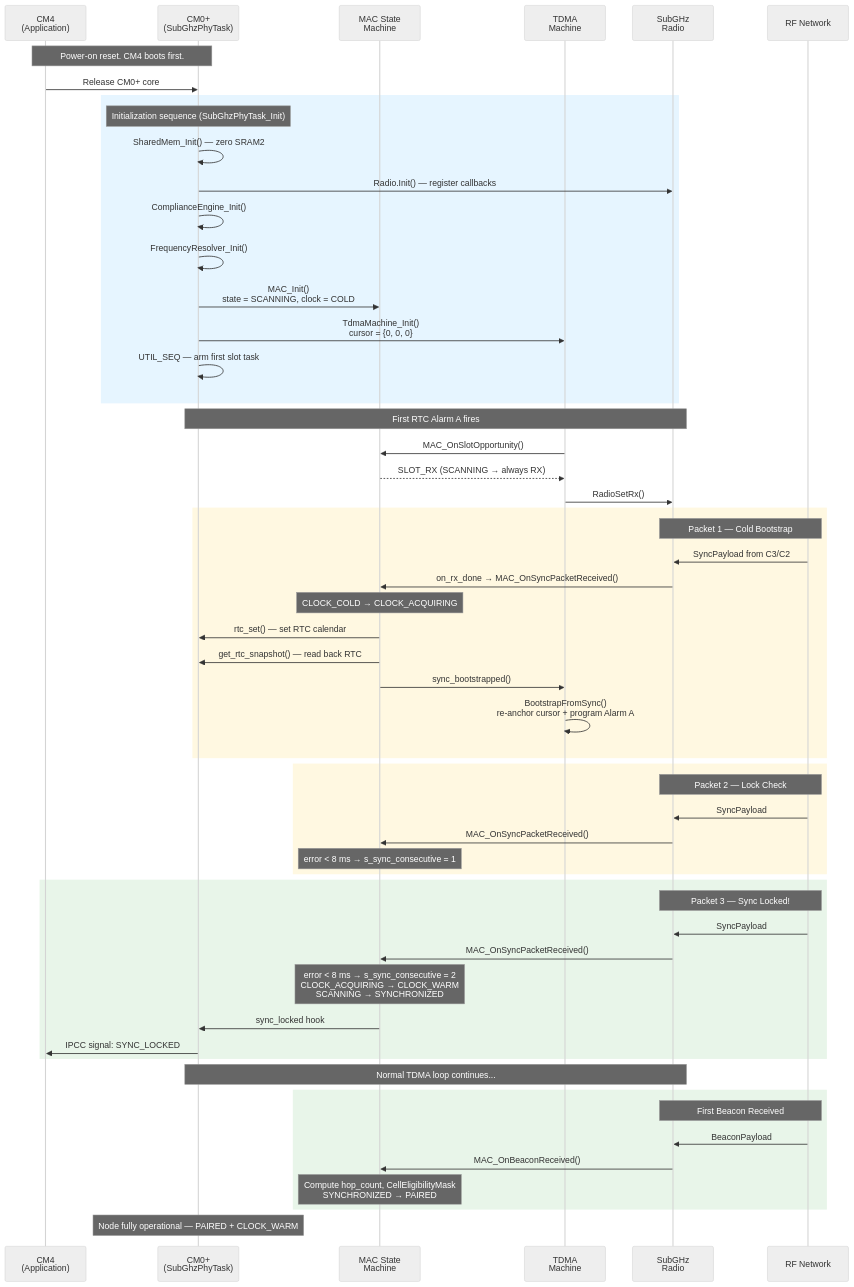
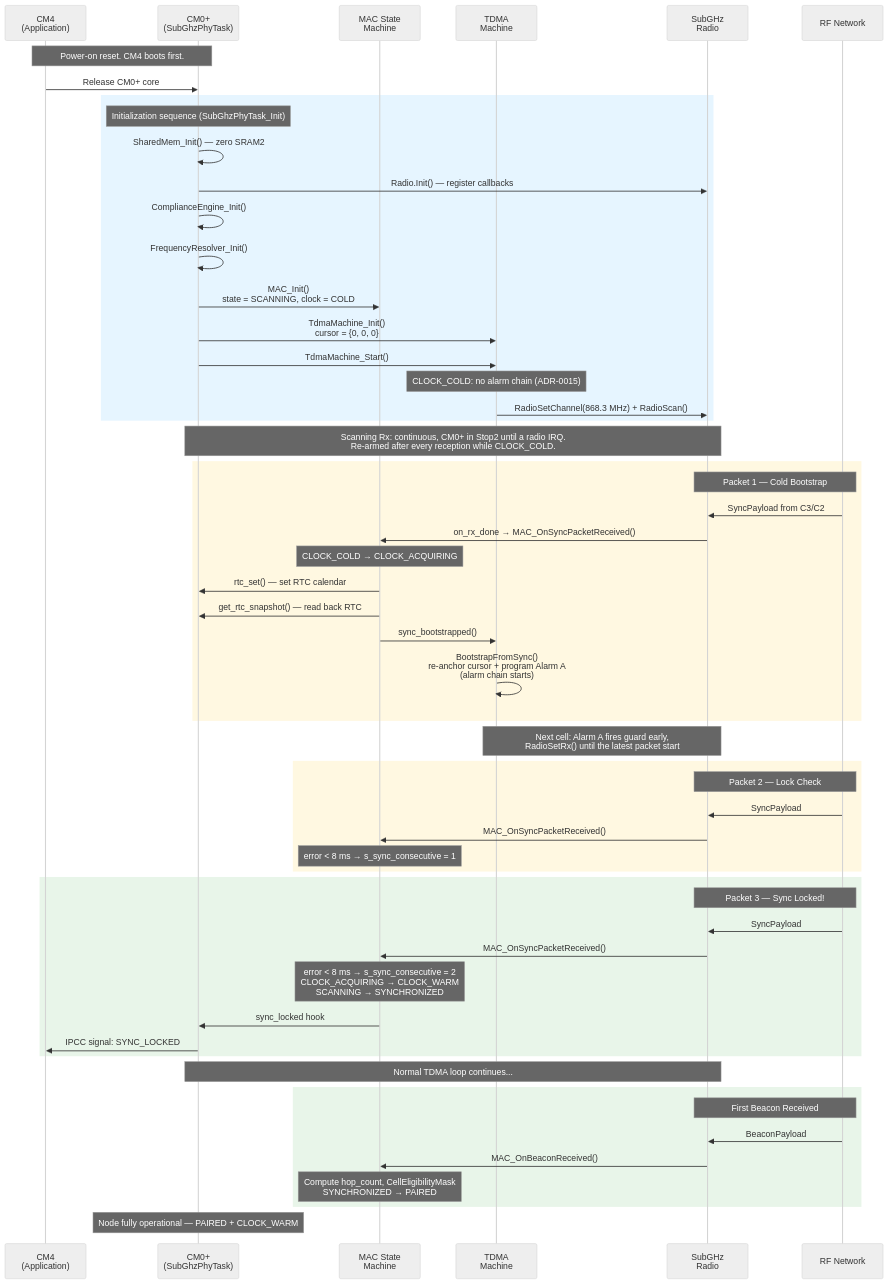
One commit to ArcLoRaM/firmware changed the diagram in docs/diagrams/04-boot-to-operational.md. Above: the diagram before and after it, drawn with Mermaid (neutral theme). The commit also changed 166 other files, not shown here.

````diff
--- a/docs/diagrams/04-boot-to-operational.md
+++ b/docs/diagrams/04-boot-to-operational.md
@@ -5,66 +5,67 @@
 ```mermaid
 sequenceDiagram
     participant CM4 as CM4<br/>(Application)
     participant CM0 as CM0+<br/>(SubGhzPhyTask)
     participant MAC as MAC State<br/>Machine
     participant TDMA as TDMA<br/>Machine
     participant Radio as SubGHz<br/>Radio
     participant Net as RF Network
 
     Note over CM4,CM0: Power-on reset. CM4 boots first.
     CM4->>CM0: Release CM0+ core
 
     rect rgb(230, 245, 255)
         Note over CM0: Initialization sequence (SubGhzPhyTask_Init)
         CM0->>CM0: SharedMem_Init() — zero SRAM2
         CM0->>Radio: Radio.Init() — register callbacks
         CM0->>CM0: ComplianceEngine_Init()
         CM0->>CM0: FrequencyResolver_Init()
         CM0->>MAC: MAC_Init()<br/>state = SCANNING, clock = COLD
         CM0->>TDMA: TdmaMachine_Init()<br/>cursor = {0, 0, 0}
-        CM0->>CM0: UTIL_SEQ — arm first slot task
+        CM0->>TDMA: TdmaMachine_Start()
+        Note over TDMA: CLOCK_COLD: no alarm chain (ADR-0015)
+        TDMA->>Radio: RadioSetChannel(868.3 MHz) + RadioScan()
     end
 
-    Note over CM0,Radio: First RTC Alarm A fires
-    TDMA->>MAC: MAC_OnSlotOpportunity()
-    MAC-->>TDMA: SLOT_RX (SCANNING → always RX)
-    TDMA->>Radio: RadioSetRx()
+    Note over CM0,Radio: Scanning Rx: continuous, CM0+ in Stop2 until a radio IRQ.<br/>Re-armed after every reception while CLOCK_COLD.
 
     rect rgb(255, 248, 225)
         Note over Net,Radio: Packet 1 — Cold Bootstrap
         Net->>Radio: SyncPayload from C3/C2
         Radio->>MAC: on_rx_done → MAC_OnSyncPacketReceived()
         Note over MAC: CLOCK_COLD → CLOCK_ACQUIRING
         MAC->>CM0: rtc_set() — set RTC calendar
         MAC->>CM0: get_rtc_snapshot() — read back RTC
         MAC->>TDMA: sync_bootstrapped()
-        TDMA->>TDMA: BootstrapFromSync()<br/>re-anchor cursor + program Alarm A
+        TDMA->>TDMA: BootstrapFromSync()<br/>re-anchor cursor + program Alarm A<br/>(alarm chain starts)
     end
+
+    Note over TDMA,Radio: Next cell: Alarm A fires guard early,<br/>RadioSetRx() until the latest packet start
 
     rect rgb(255, 248, 225)
         Note over Net,Radio: Packet 2 — Lock Check
         Net->>Radio: SyncPayload
         Radio->>MAC: MAC_OnSyncPacketReceived()
         Note over MAC: error < 8 ms → s_sync_consecutive = 1
     end
 
     rect rgb(232, 245, 233)
         Note over Net,Radio: Packet 3 — Sync Locked!
         Net->>Radio: SyncPayload
         Radio->>MAC: MAC_OnSyncPacketReceived()
         Note over MAC: error < 8 ms → s_sync_consecutive = 2<br/>CLOCK_ACQUIRING → CLOCK_WARM<br/>SCANNING → SYNCHRONIZED
         MAC->>CM0: sync_locked hook
         CM0->>CM4: IPCC signal: SYNC_LOCKED
     end
 
     Note over CM0,Radio: Normal TDMA loop continues...
 
     rect rgb(232, 245, 233)
         Note over Net,Radio: First Beacon Received
         Net->>Radio: BeaconPayload
         Radio->>MAC: MAC_OnBeaconReceived()
         Note over MAC: Compute hop_count, CellEligibilityMask<br/>SYNCHRONIZED → PAIRED
     end
 
     Note over CM0: Node fully operational — PAIRED + CLOCK_WARM
 ```
````
